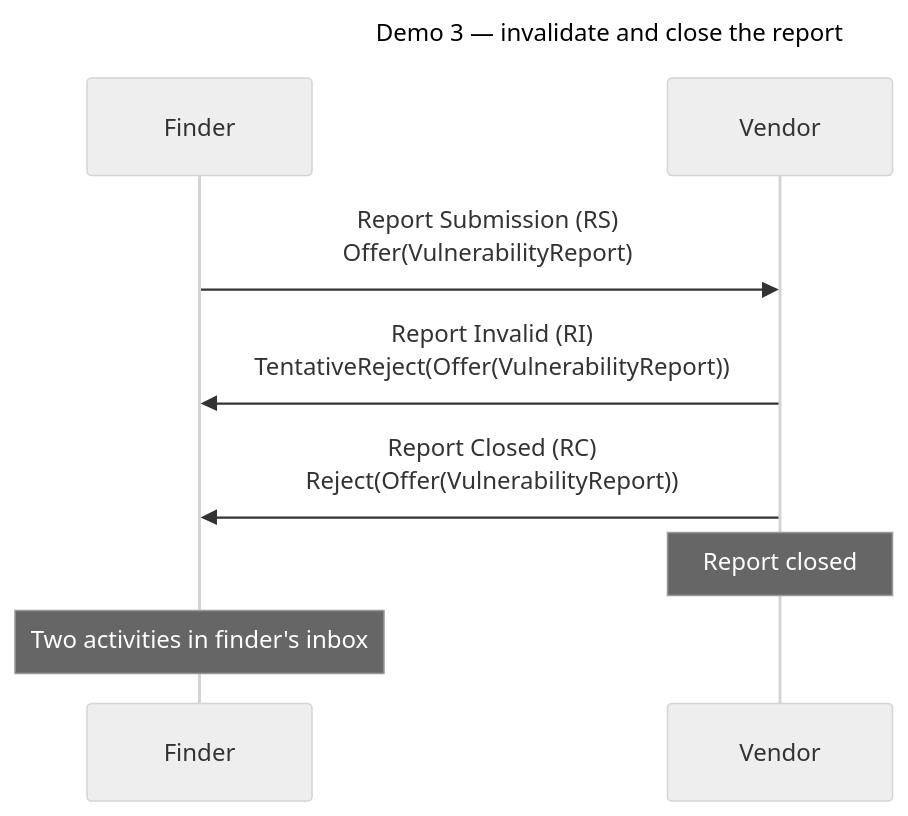
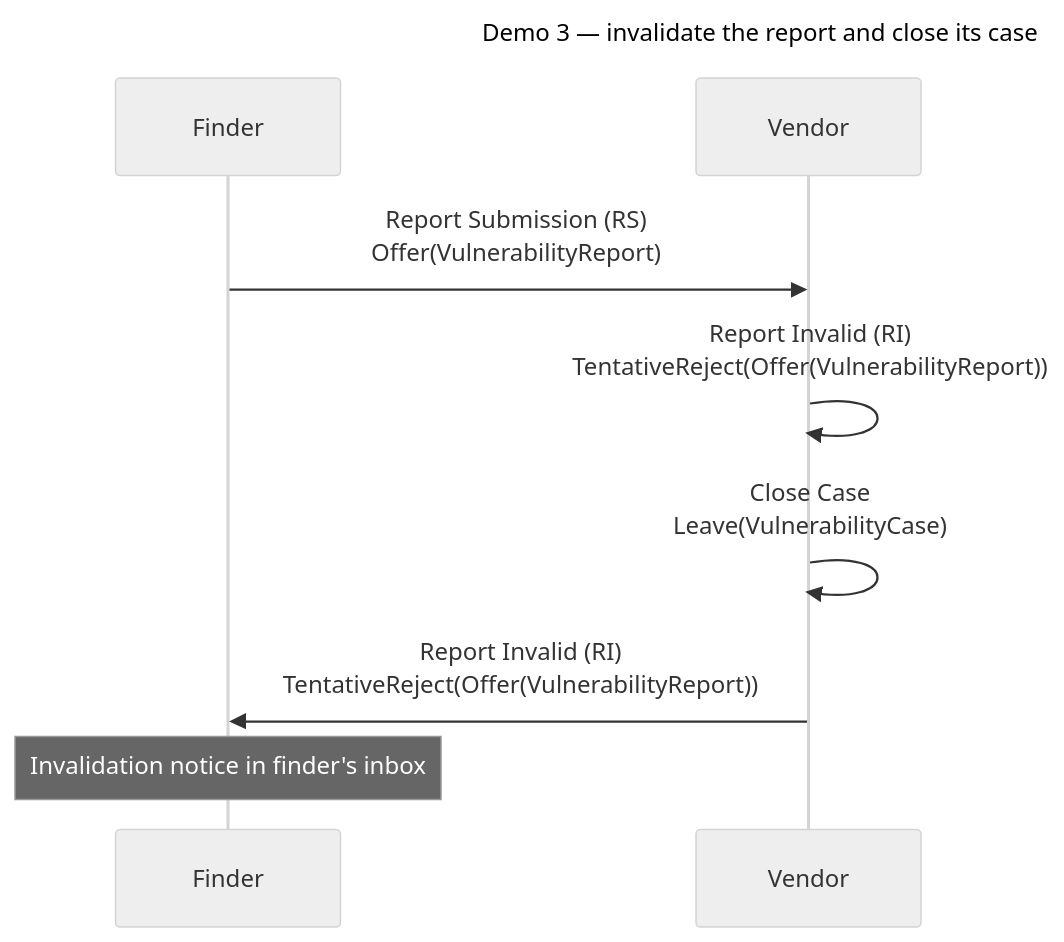
Before and after one commit to CERTCC/Vultron: the third of 3 diagrams in docs/tutorials/receive_report_demo.md, drawn with Mermaid (neutral theme). The commit also changed other lines of this file and 1 other file, not shown here.

Commit message:
docs: sync demo tutorials for #4746 (the case is closed by Leave)

````diff
--- a/docs/tutorials/receive_report_demo.md
+++ b/docs/tutorials/receive_report_demo.md
@@ -171,14 +171,14 @@
 ```mermaid
 ---
-title: Demo 3 — invalidate and close the report
+title: Demo 3 — invalidate the report and close its case
 ---
 sequenceDiagram
     participant F as Finder
     participant V as Vendor
 
     F->>V: Report Submission (RS)<br/>Offer(VulnerabilityReport)
+    V->>V: Report Invalid (RI)<br/>TentativeReject(Offer(VulnerabilityReport))
+    V->>V: Close Case<br/>Leave(VulnerabilityCase)
     V->>F: Report Invalid (RI)<br/>TentativeReject(Offer(VulnerabilityReport))
-    V->>F: Report Closed (RC)<br/>Reject(Offer(VulnerabilityReport))
-    Note over V: Report closed
-    Note over F: Two activities in finder's inbox
+    Note over F: Invalidation notice in finder's inbox
 ```
````
